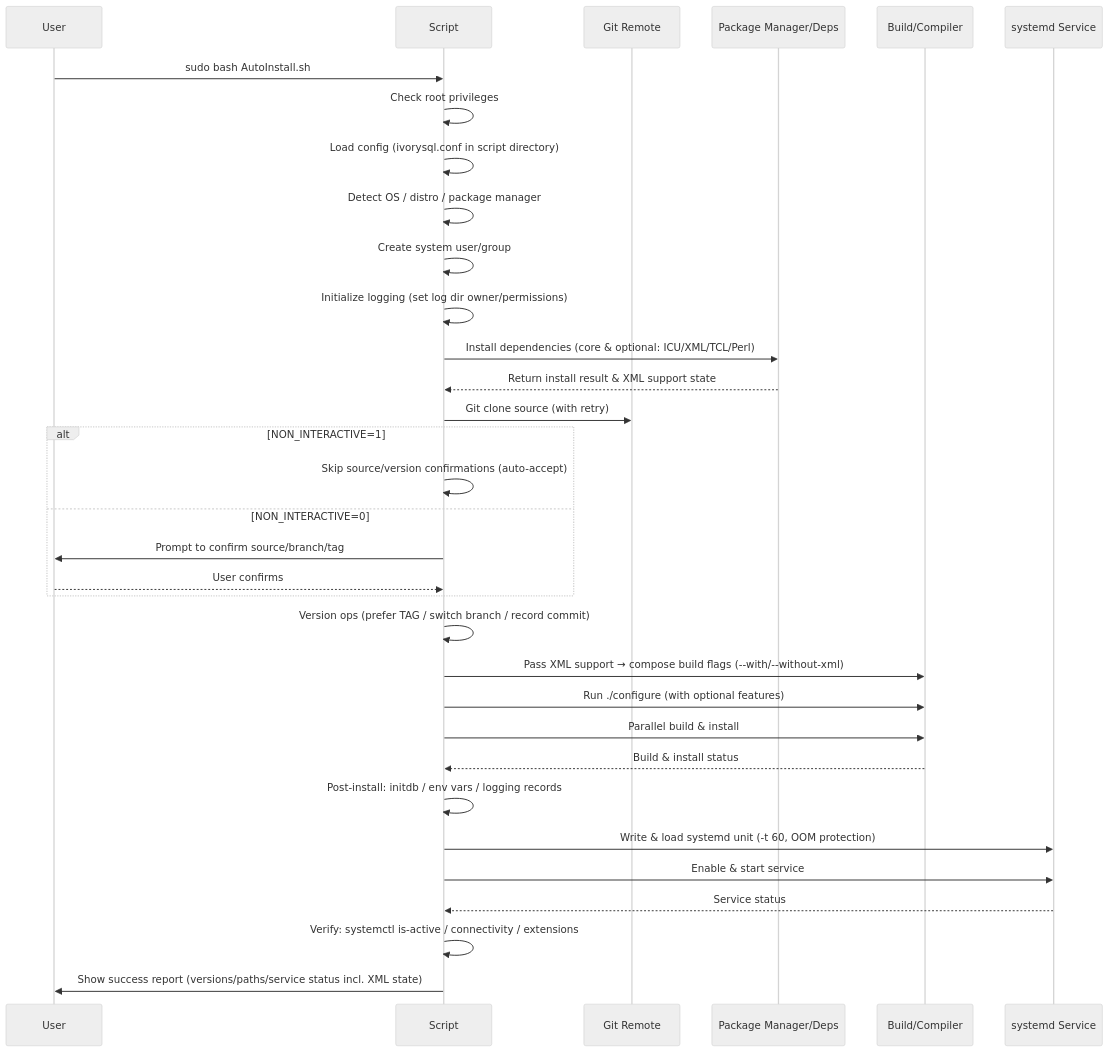
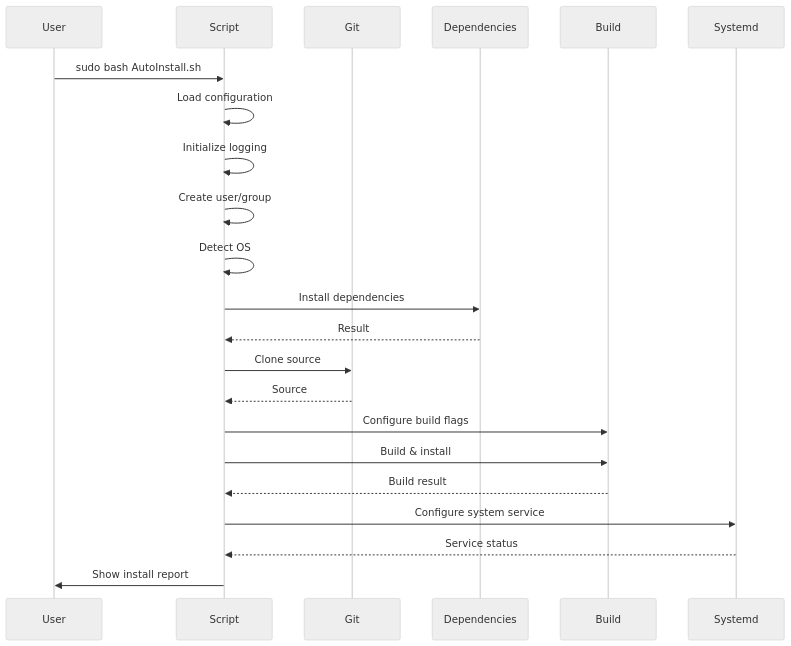
Before and after one commit to yangchunwanwusheng/IvorySQL-AutoInstaller: the second of 4 diagrams in README.md, drawn with Mermaid (neutral theme). The commit also changed other lines of this file, not shown here.

````diff
--- a/README.md
+++ b/README.md
@@ -514,41 +500,25 @@
 ```mermaid
 sequenceDiagram
     participant U as User
     participant S as Script
-    participant G as Git Remote
-    participant D as Package Manager/Deps
-    participant C as Build/Compiler
-    participant Sys as systemd Service
+    participant G as Git
+    participant D as Dependencies
+    participant C as Build
+    participant Sys as Systemd
 
     U->>S: sudo bash AutoInstall.sh
-    S->>S: Check root privileges
-    S->>S: Load config (ivorysql.conf in script directory)
-    S->>S: Detect OS / distro / package manager
-    S->>S: Create system user/group
-    S->>S: Initialize logging (set log dir owner/permissions)
-    S->>D: Install dependencies (core & optional: ICU/XML/TCL/Perl)
-    D-->>S: Return install result & XML support state
-
-    S->>G: Git clone source (with retry)
-    alt NON_INTERACTIVE=1
-        S->>S: Skip source/version confirmations (auto-accept)
-    else NON_INTERACTIVE=0
-        S->>U: Prompt to confirm source/branch/tag
-        U-->>S: User confirms
-    end
-
-    S->>S: Version ops (prefer TAG / switch branch / record commit)
-    S->>C: Pass XML support → compose build flags (--with/--without-xml)
-    S->>C: Run ./configure (with optional features)
-    S->>C: Parallel build & install
-    C-->>S: Build & install status
-
-    S->>S: Post-install: initdb / env vars / logging records
-    S->>Sys: Write & load systemd unit (-t 60, OOM protection)
-    S->>Sys: Enable & start service
+    S->>S: Load configuration
+    S->>S: Initialize logging
+    S->>S: Create user/group
+    S->>S: Detect OS
+    S->>D: Install dependencies
+    D-->>S: Result
+    S->>G: Clone source
+    G-->>S: Source
+    S->>C: Configure build flags
+    S->>C: Build & install
+    C-->>S: Build result
+    S->>Sys: Configure system service
     Sys-->>S: Service status
-
-    S->>S: Verify: systemctl is-active / connectivity / extensions
-    S->>U: Show success report (versions/paths/service status incl. XML state)
-
+    S->>U: Show install report
 ```
````
